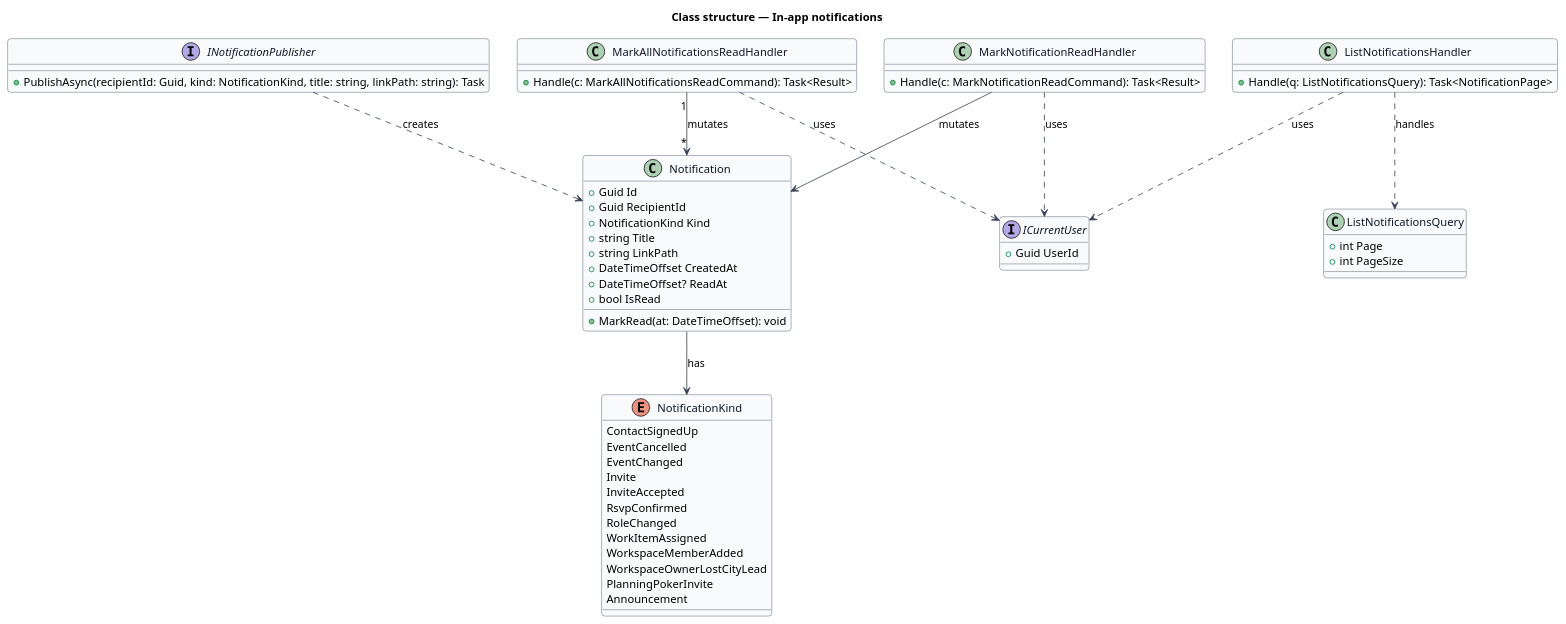
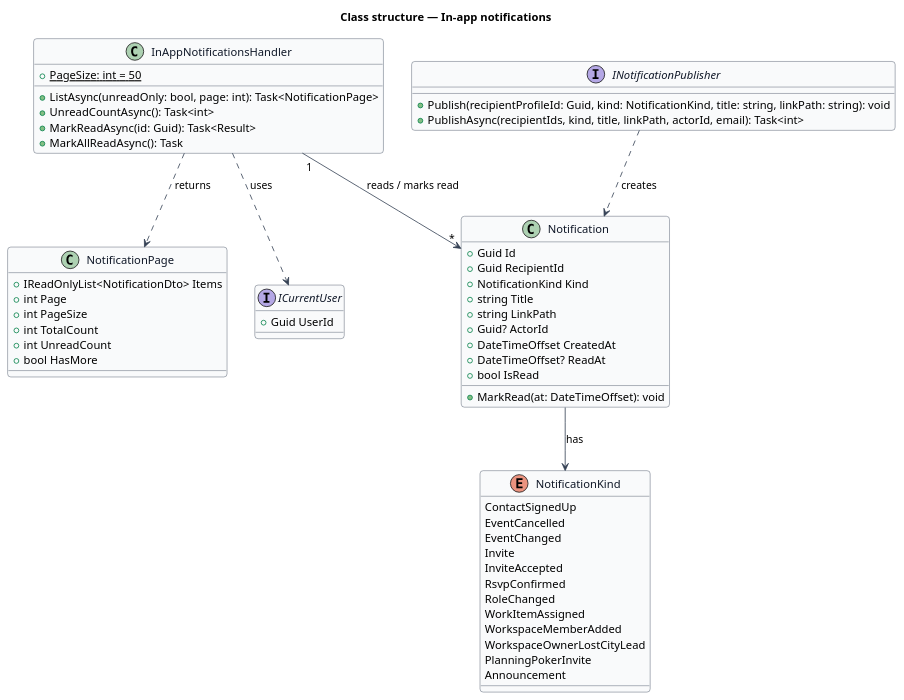
The diagram in docs/detailed-designs/notifications/in-app-notifications/diagrams/class-structure.puml (QuinntyneBrown/faithtech-community), drawn with PlantUML before and after one commit. The commit also changed 33 other files, not shown here.

First line of the commit message:
Redraw the notification, announcement and search diagrams to match the code

```diff
--- a/docs/detailed-designs/notifications/in-app-notifications/diagrams/class-structure.puml
+++ b/docs/detailed-designs/notifications/in-app-notifications/diagrams/class-structure.puml
@@ -1,65 +1,66 @@
 @startuml
 skinparam backgroundColor #FFFFFF
 skinparam shadowing false
 skinparam roundcorner 8
 skinparam defaultFontName Arial
 skinparam ArrowColor #344054
 skinparam class {
   BorderColor #344054
   FontColor #101828
   BackgroundColor #F9FAFB
 }
 title Class structure — In-app notifications
 enum NotificationKind {
   ContactSignedUp
   EventCancelled
   EventChanged
   Invite
   InviteAccepted
   RsvpConfirmed
   RoleChanged
   WorkItemAssigned
   WorkspaceMemberAdded
   WorkspaceOwnerLostCityLead
   PlanningPokerInvite
   Announcement
 }
 class Notification {
   +Guid Id
   +Guid RecipientId
   +NotificationKind Kind
   +string Title
   +string LinkPath
+  +Guid? ActorId
   +DateTimeOffset CreatedAt
   +DateTimeOffset? ReadAt
   +bool IsRead
   +MarkRead(at: DateTimeOffset): void
 }
-class ListNotificationsQuery {
+class NotificationPage {
+  +IReadOnlyList<NotificationDto> Items
   +int Page
   +int PageSize
+  +int TotalCount
+  +int UnreadCount
+  +bool HasMore
 }
-class ListNotificationsHandler {
-  +Handle(q: ListNotificationsQuery): Task<NotificationPage>
-}
-class MarkNotificationReadHandler {
-  +Handle(c: MarkNotificationReadCommand): Task<Result>
-}
-class MarkAllNotificationsReadHandler {
-  +Handle(c: MarkAllNotificationsReadCommand): Task<Result>
+class InAppNotificationsHandler {
+  +{static} PageSize: int = 50
+  +ListAsync(unreadOnly: bool, page: int): Task<NotificationPage>
+  +UnreadCountAsync(): Task<int>
+  +MarkReadAsync(id: Guid): Task<Result>
+  +MarkAllReadAsync(): Task
 }
 interface INotificationPublisher {
-  +PublishAsync(recipientId: Guid, kind: NotificationKind, title: string, linkPath: string): Task
+  +Publish(recipientProfileId: Guid, kind: NotificationKind, title: string, linkPath: string): void
+  +PublishAsync(recipientIds, kind, title, linkPath, actorId, email): Task<int>
 }
 interface ICurrentUser {
   +Guid UserId
 }
 Notification --> NotificationKind : has
-ListNotificationsHandler ..> ListNotificationsQuery : handles
-ListNotificationsHandler ..> ICurrentUser : uses
-MarkNotificationReadHandler ..> ICurrentUser : uses
-MarkAllNotificationsReadHandler ..> ICurrentUser : uses
-MarkNotificationReadHandler --> Notification : mutates
-MarkAllNotificationsReadHandler "1" --> "*" Notification : mutates
+InAppNotificationsHandler ..> NotificationPage : returns
+InAppNotificationsHandler ..> ICurrentUser : uses
+InAppNotificationsHandler "1" --> "*" Notification : reads / marks read
 INotificationPublisher ..> Notification : creates
 @enduml
```
